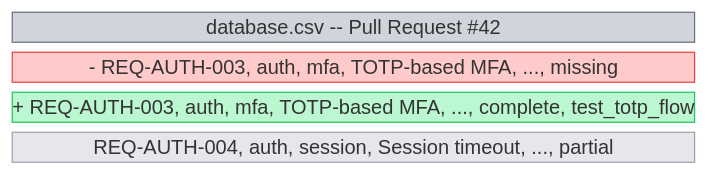
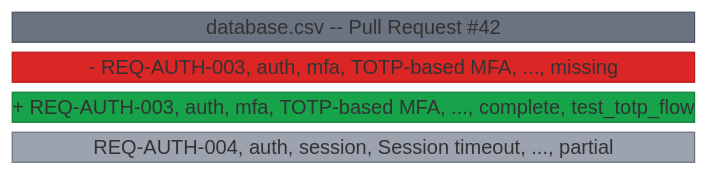
Before and after one commit to rtmx-ai/rtmx: the second of 3 diagrams in README.md, drawn with Mermaid. The commit also changed 1 other file, not shown here.

Commit message:
fix: dark fills for CSV diff diagram (white text forced by renderer)
GitHub's Mermaid block-beta renderer ignores the color style property
and forces white text. Use dark fills (gray #6b7280, red #dc2626,
green #16a34a, light-gray #9ca3af) so white text is readable.

````diff
--- a/README.md
+++ b/README.md
@@ -67,21 +67,21 @@
 ```mermaid
 block-beta
     columns 1
     block:header["database.csv -- Pull Request #42"]
         columns 1
     end
     block:removed["- REQ-AUTH-003, auth, mfa, TOTP-based MFA, ..., missing"]
         columns 1
     end
     block:added["+ REQ-AUTH-003, auth, mfa, TOTP-based MFA, ..., complete, test_totp_flow"]
         columns 1
     end
     block:context["  REQ-AUTH-004, auth, session, Session timeout, ..., partial"]
         columns 1
     end
 
-    style header fill:#d1d5db,stroke:#6b7280,color:#111827
-    style removed fill:#fecaca,stroke:#ef4444,color:#7f1d1d
-    style added fill:#bbf7d0,stroke:#22c55e,color:#14532d
-    style context fill:#e5e7eb,stroke:#9ca3af,color:#111827
+    style header fill:#6b7280,stroke:#4b5563,color:#ffffff
+    style removed fill:#dc2626,stroke:#b91c1c,color:#ffffff
+    style added fill:#16a34a,stroke:#15803d,color:#ffffff
+    style context fill:#9ca3af,stroke:#6b7280,color:#ffffff
 ```
````
